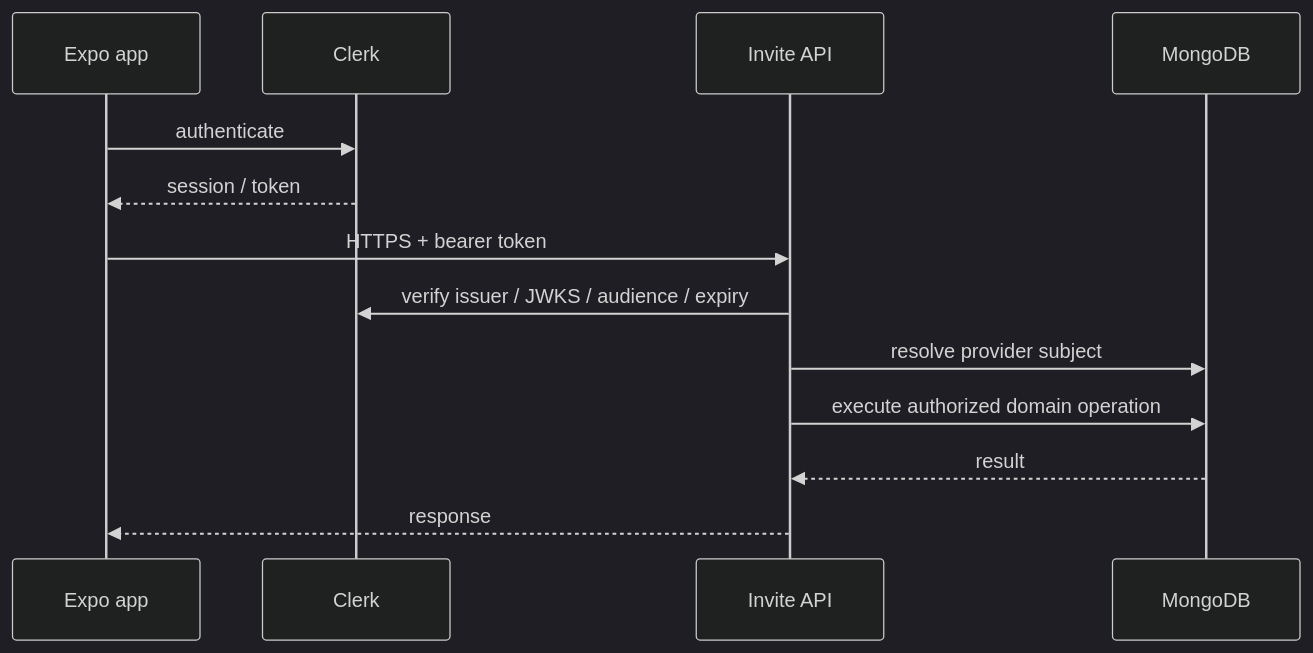
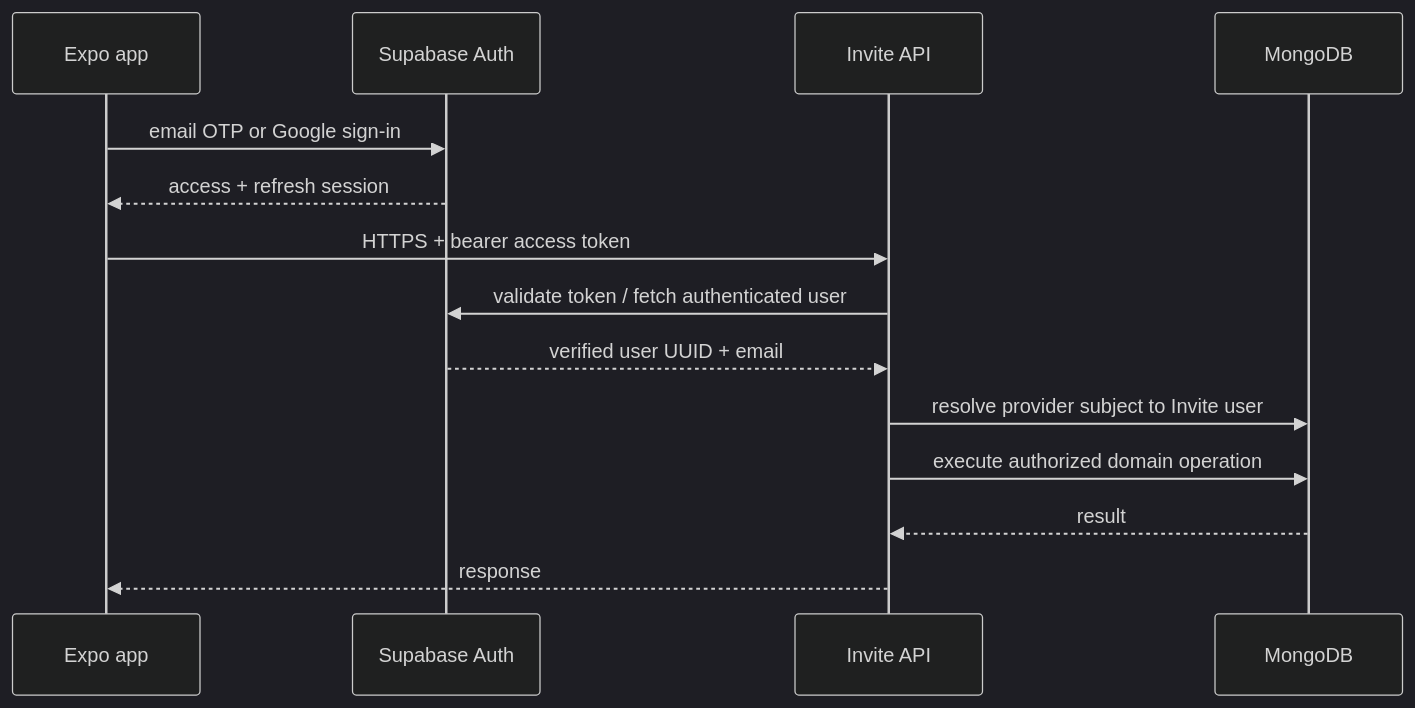
The third of 3 diagrams in docs/ARCHITECTURE.md (charifmahmoudi/Invite-someone-app), drawn with Mermaid (dark theme) before and after one commit. The commit also changed other lines of this file, not shown here.

Commit message:
docs: make Supabase Auth the target identity architecture

````diff
--- a/docs/ARCHITECTURE.md
+++ b/docs/ARCHITECTURE.md
@@ -152,16 +157,17 @@
 ```mermaid
 sequenceDiagram
   participant App as Expo app
-  participant Clerk as Clerk
+  participant Auth as Supabase Auth
   participant API as Invite API
   participant DB as MongoDB
 
-  App->>Clerk: authenticate
-  Clerk-->>App: session / token
-  App->>API: HTTPS + bearer token
-  API->>Clerk: verify issuer / JWKS / audience / expiry
-  API->>DB: resolve provider subject
+  App->>Auth: email OTP or Google sign-in
+  Auth-->>App: access + refresh session
+  App->>API: HTTPS + bearer access token
+  API->>Auth: validate token / fetch authenticated user
+  Auth-->>API: verified user UUID + email
+  API->>DB: resolve provider subject to Invite user
   API->>DB: execute authorized domain operation
   DB-->>API: result
   API-->>App: response
 ```
````
